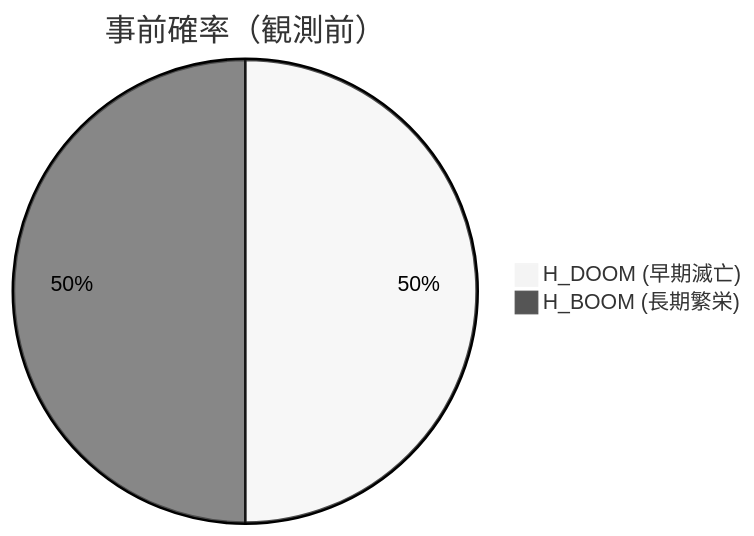
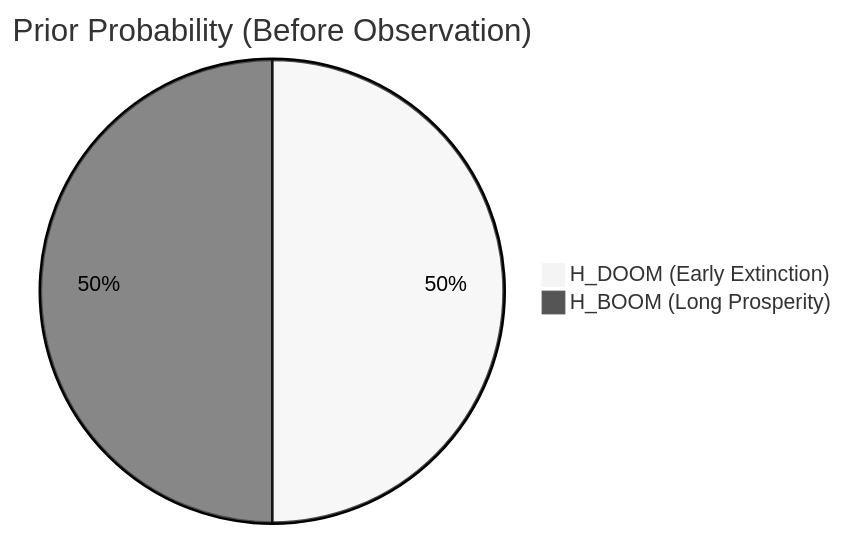
Before and after one commit to kenjinote/blog: the second of 5 diagrams in content/post/doomsday-argument/index.en.md, drawn with Mermaid (neutral theme). The commit also changed other lines of this file and 28 other files, not shown here.

Commit message:
Translate Japanese text inside Mermaid diagrams to respective languages

````diff
--- a/content/post/doomsday-argument/index.en.md
+++ b/content/post/doomsday-argument/index.en.md
@@ -109,6 +109,6 @@
 ```mermaid
 pie
-    title 事前確率（観測前）
-    "H_DOOM (早期滅亡)" : 50
-    "H_BOOM (長期繁栄)" : 50
+    title Prior Probability (Before Observation)
+    "H_DOOM (Early Extinction)" : 50
+    "H_BOOM (Long Prosperity)" : 50
 ```
````
